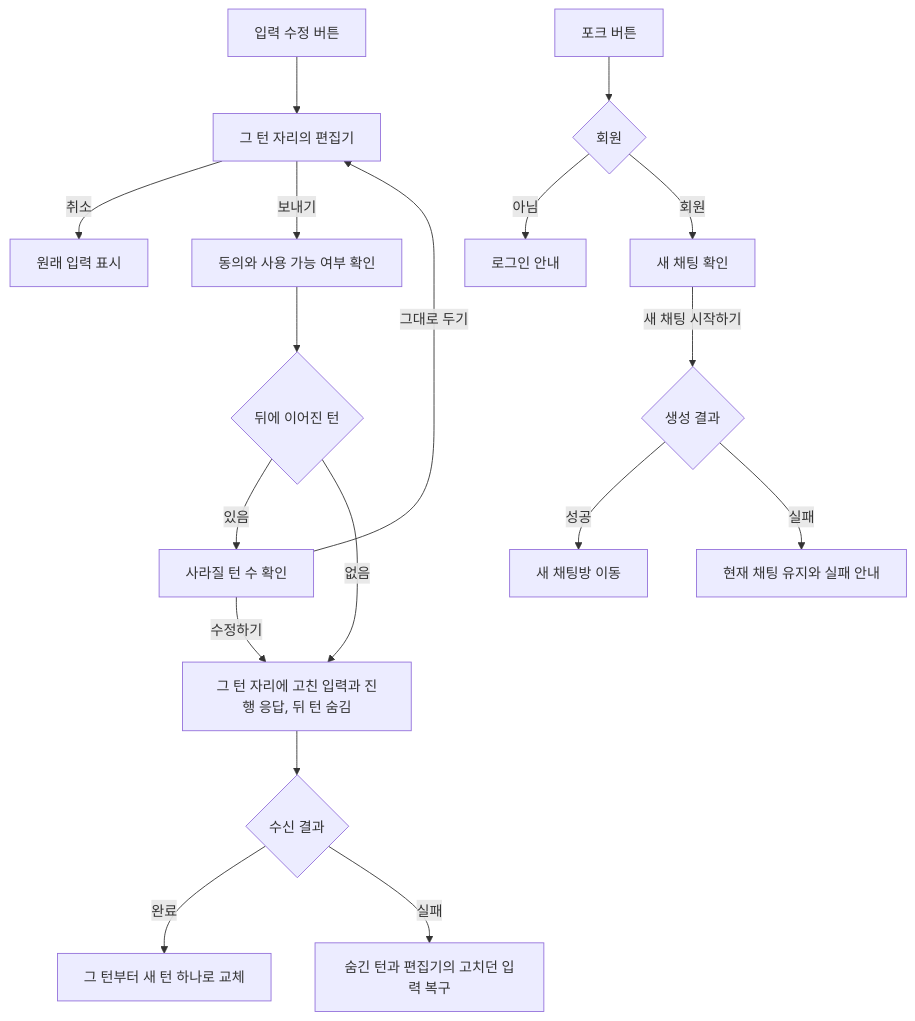
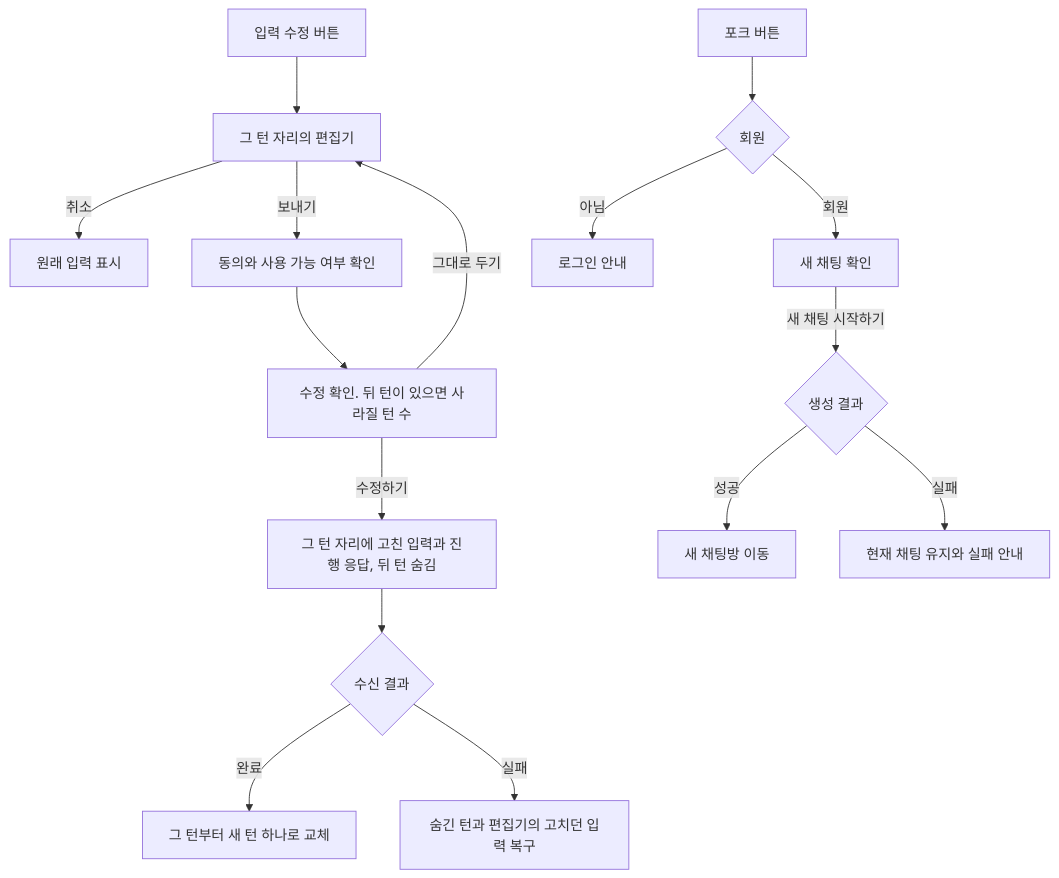
One commit to KIM-N-KANG/knk-harness changed the second of 2 diagrams in docs/domain/CHAT/CLIENT/3-2-INTERACTION-FLOWS.md. Above: the diagram before and after it, drawn with Mermaid. The commit also changed 6 other files, not shown here.

````diff
--- a/docs/domain/CHAT/CLIENT/3-2-INTERACTION-FLOWS.md
+++ b/docs/domain/CHAT/CLIENT/3-2-INTERACTION-FLOWS.md
@@ -68,20 +68,18 @@
 ```mermaid
 flowchart TD
     Edit["입력 수정 버튼"] --> Editor["그 턴 자리의 편집기"]
     Editor -->|취소| Original["원래 입력 표시"]
     Editor -->|보내기| Usable["동의와 사용 가능 여부 확인"]
-    Usable --> Later{"뒤에 이어진 턴"}
-    Later -->|있음| Confirm["사라질 턴 수 확인"]
+    Usable --> Confirm["수정 확인. 뒤 턴이 있으면 사라질 턴 수"]
     Confirm -->|그대로 두기| Editor
     Confirm -->|수정하기| Stream["그 턴 자리에 고친 입력과 진행 응답, 뒤 턴 숨김"]
-    Later -->|없음| Stream
     Stream --> Result{"수신 결과"}
     Result -->|완료| Commit["그 턴부터 새 턴 하나로 교체"]
     Result -->|실패| Restore["숨긴 턴과 편집기의 고치던 입력 복구"]
     Fork["포크 버튼"] --> Member{"회원"}
     Member -->|아님| Login["로그인 안내"]
     Member -->|회원| ForkConfirm["새 채팅 확인"]
     ForkConfirm -->|새 채팅 시작하기| ForkResult{"생성 결과"}
     ForkResult -->|성공| NewChat["새 채팅방 이동"]
     ForkResult -->|실패| Stay["현재 채팅 유지와 실패 안내"]
 ```
````
